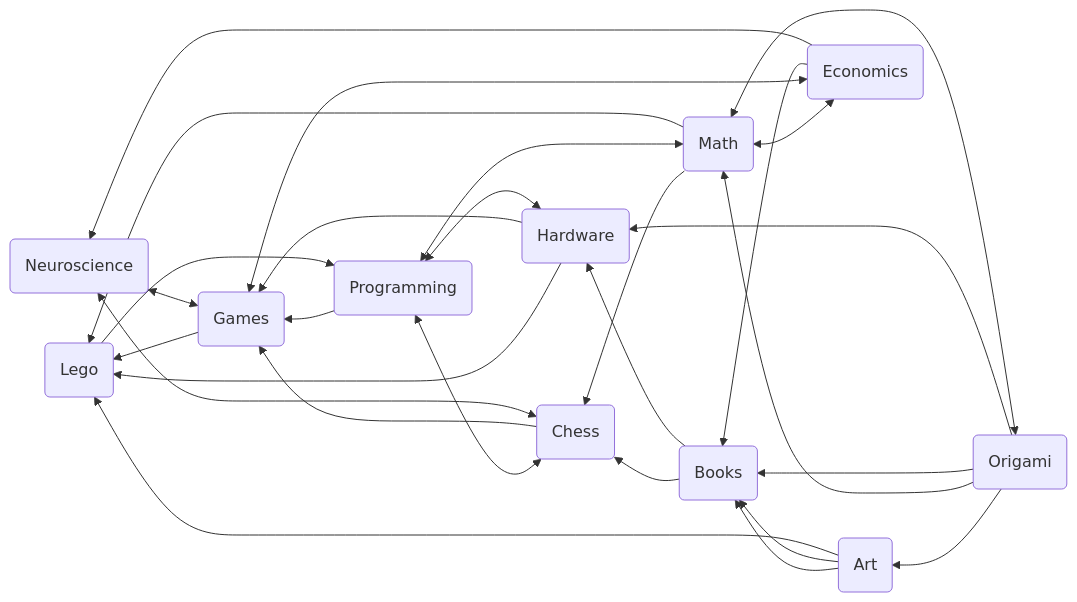
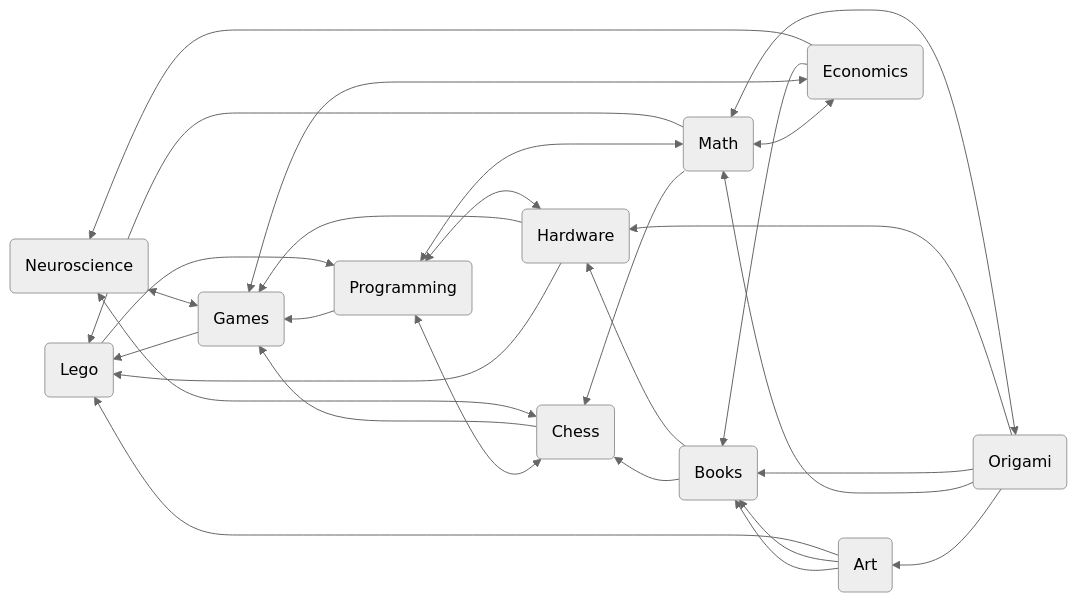
The diagram in README.md (Rockroyal305/Rockroyal305), drawn with Mermaid before and after one commit.

````diff
--- a/README.md
+++ b/README.md
@@ -5,31 +5,32 @@
 ```mermaid
+%%{init:{"theme":"neutral"}}%%
   flowchart RL;
     M(Math) --> C(Chess)
     M <--> P(Programming)
     C <--> P
     C & P --> G(Games)
     B(Books)
     A(Art) --> B
     A --> B
     E(Economics) <--> M & G
     B --> C
     E --> B
     A & M & G --> L(Lego)
     L --> P
     H(Hardware) --> L & G
     H <--> P
     B --> H
     C <--> N(Neuroscience)
     G <--> N
     E --> N
     O(Origami) --> A
     O --> M & B & H
     O <--> M
-    click A href "https://rockroyal305.github.io/Rockroyal.github.io/art.html" "_blank"
+    click A href "https://rockroyal305.github.io/Rockroyal.github.io/art.html" "new"
     click C href "https://rockroyal305.github.io/Rockroyal.github.io/index.html#chess" "_blank"
     click L href "https://rockroyal305.github.io/Rockroyal.github.io/art.html#lego-concepts" "_blank"
     click P href "https://rockroyal305.github.io/Rockroyal.github.io/index.html#programming--ai" "_blank"
     click N href "https://rockroyal305.github.io/Rockroyal.github.io/index.html#neuroscience" "_blank"
     click H href "https://rockroyal305.github.io/Rockroyal.github.io/index.html#robotics" "_blank"
     click O href "https://rockroyal305.github.io/Rockroyal.github.io/art.html#origami-creations" "_blank"
 ```
````
